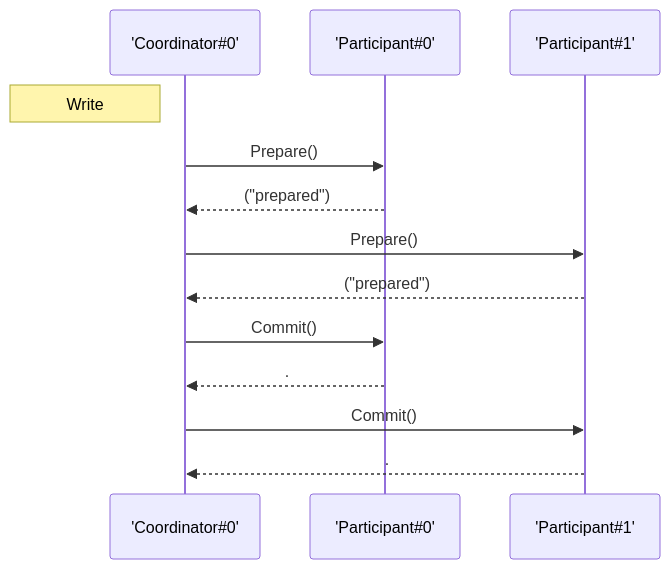
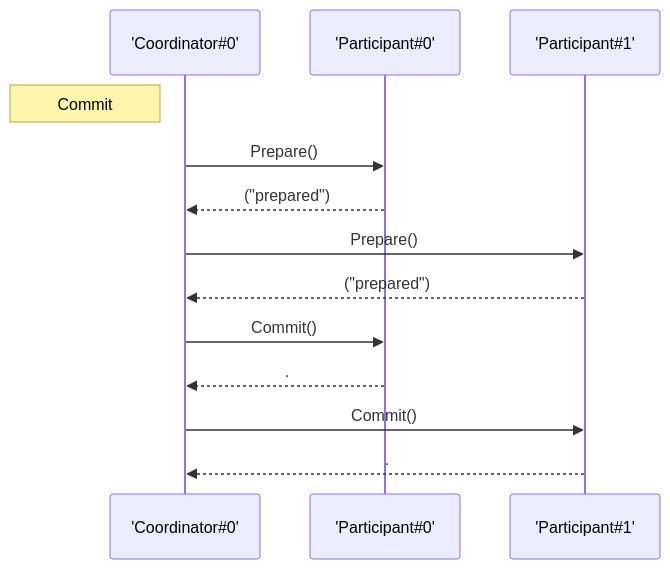
One commit to fizzbee-io/website changed the fourth of 5 diagrams in content/examples/two_phase_commit_actors.md. Above: the diagram before and after it, drawn with Mermaid. The commit also changed other lines of this file, not shown here.

Commit message:
Update two phase commit actor model tutorial (#51)

```diff
--- a/content/examples/two_phase_commit_actors.md
+++ b/content/examples/two_phase_commit_actors.md
@@ -341,12 +813,12 @@
   {{< mermaid class="text-center" >}}
 sequenceDiagram
-	note left of 'Coordinator#0': Write
+	note left of 'Coordinator#0': Commit
 	'Coordinator#0' ->> 'Participant#0': Prepare()
 	'Participant#0' -->> 'Coordinator#0': ("prepared")
 	'Coordinator#0' ->> 'Participant#1': Prepare()
 	'Participant#1' -->> 'Coordinator#0': ("prepared")
 	'Coordinator#0' ->> 'Participant#0': Commit()
 	'Participant#0' -->> 'Coordinator#0': .
 	'Coordinator#0' ->> 'Participant#1': Commit()
 	'Participant#1' -->> 'Coordinator#0': .
    {{< /mermaid >}}
```
